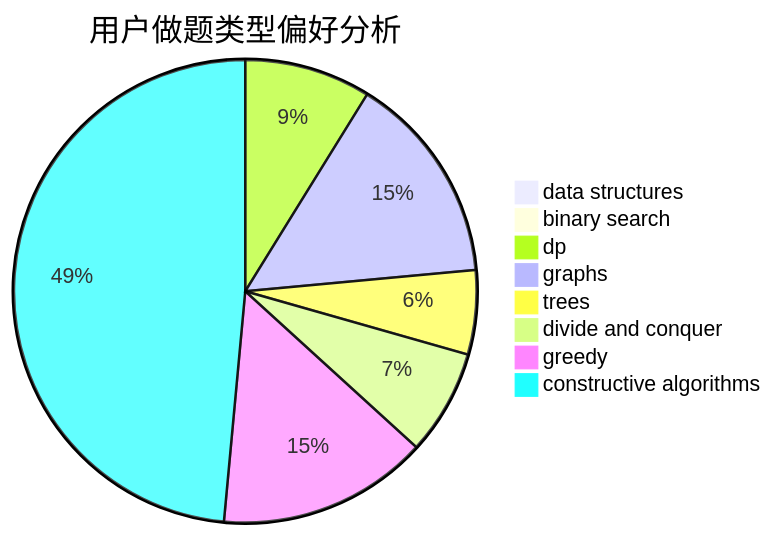
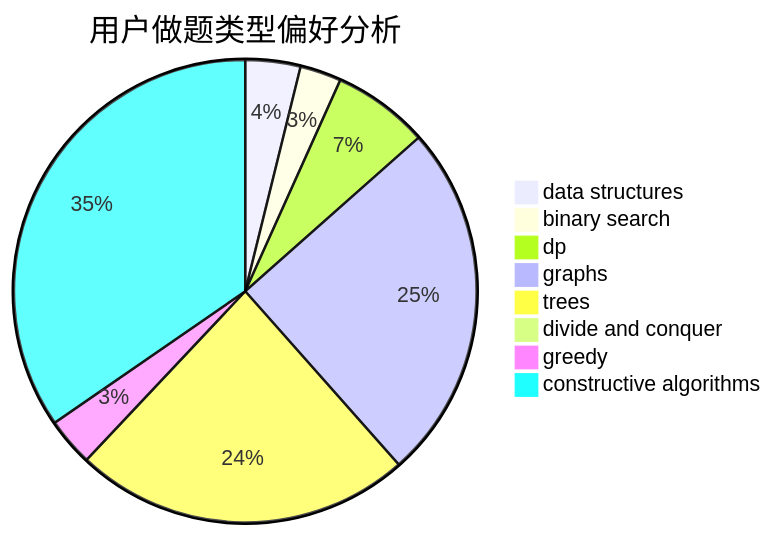
One commit to sherpahu/cfrs.github.io changed the second of 3 diagrams in docs/user/u766.md. Above: the diagram before and after it, drawn with Mermaid. The commit also changed other lines of this file and 2770 other files, not shown here.

````diff
--- a/docs/user/u766.md
+++ b/docs/user/u766.md
@@ -23,11 +23,11 @@
 ```mermaid
 pie title 用户做题类型偏好分析
-    "data structures" :  0
-    "binary search" :  0
-    "dp" :  6
-    "graphs" :  10
-    "trees" :  4
-    "divide and conquer" :  5
-    "greedy" :  10
-    "constructive algorithms" :  33
+    "data structures" :  8
+    "binary search" :  6
+    "dp" :  14
+    "graphs" :  52
+    "trees" :  49
+    "divide and conquer" :  0
+    "greedy" :  7
+    "constructive algorithms" :  72
 ```
````
